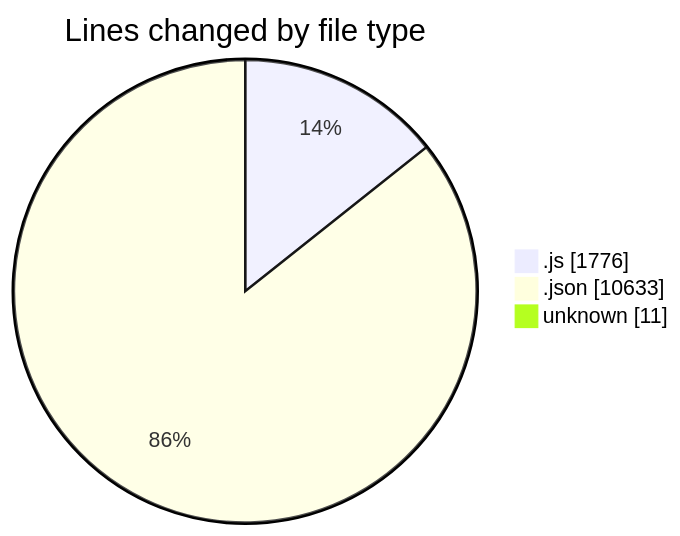
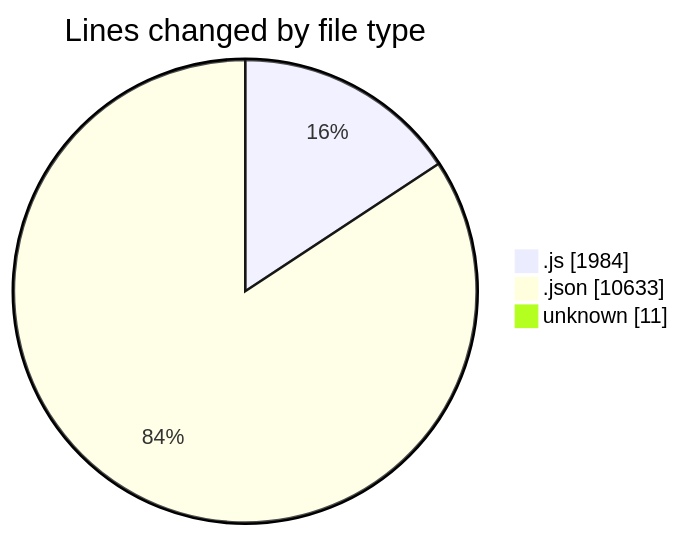
One commit to momahboobian/code-tracking changed the first of 2 diagrams in 2025-01-11/good-pr/README.md. Above: the diagram before and after it, drawn with Mermaid. The commit also changed other lines of this file and 1 other file, not shown here.

````diff
--- a/2025-01-11/good-pr/README.md
+++ b/2025-01-11/good-pr/README.md
@@ -41,7 +41,7 @@
 ```mermaid
 pie showData
 title Lines changed by file type
-".js" : 1776
+".js" : 1984
 ".json" : 10633
 "unknown" : 11
 ```
````
